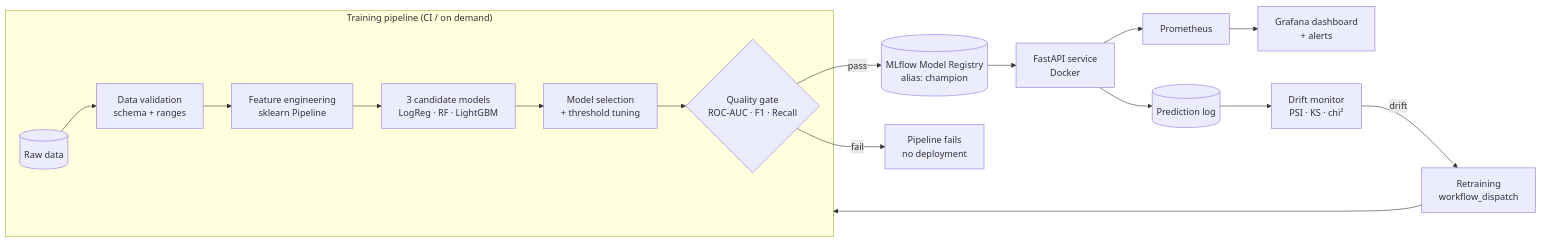
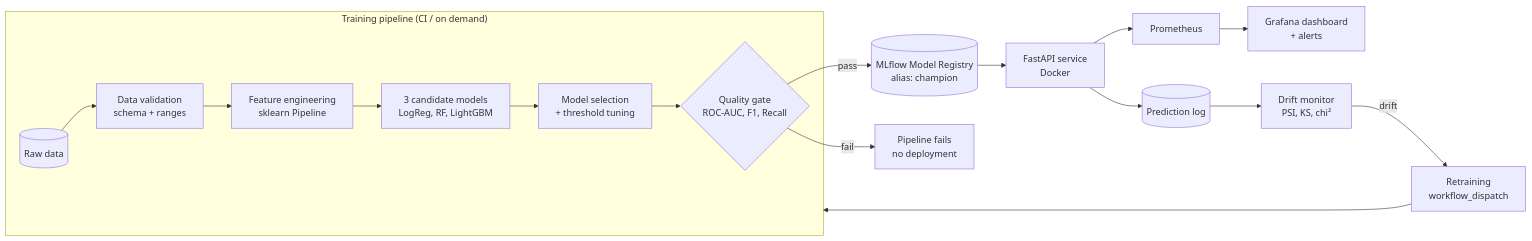
The diagram in README.md (Khadimrass/churn-mlops), drawn with Mermaid before and after one commit. The commit also changed other lines of this file and 13 other files, not shown here.

````diff
--- a/README.md
+++ b/README.md
@@ -21,18 +19,18 @@
 ```mermaid
 flowchart LR
     subgraph Training["Training pipeline (CI / on demand)"]
         D[(Raw data)] --> V[Data validation<br/>schema + ranges]
         V --> F[Feature engineering<br/>sklearn Pipeline]
-        F --> C[3 candidate models<br/>LogReg · RF · LightGBM]
+        F --> C[3 candidate models<br/>LogReg, RF, LightGBM]
         C --> S[Model selection<br/>+ threshold tuning]
-        S --> G{Quality gate<br/>ROC-AUC · F1 · Recall}
+        S --> G{Quality gate<br/>ROC-AUC, F1, Recall}
     end
     G -- pass --> R[(MLflow Model Registry<br/>alias: champion)]
     G -- fail --> X[Pipeline fails<br/>no deployment]
     R --> A[FastAPI service<br/>Docker]
     A --> L[(Prediction log)]
     A --> P[Prometheus] --> GR[Grafana dashboard<br/>+ alerts]
-    L --> DR[Drift monitor<br/>PSI · KS · chi²]
+    L --> DR[Drift monitor<br/>PSI, KS, chi²]
     DR -- drift --> T[Retraining<br/>workflow_dispatch]
     T --> Training
 ```
````
